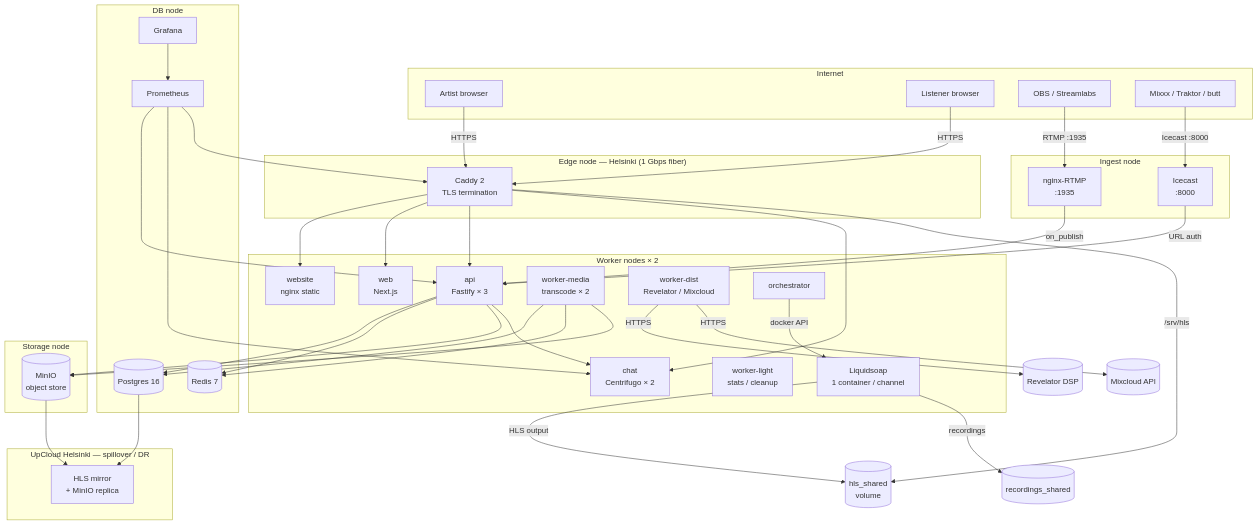
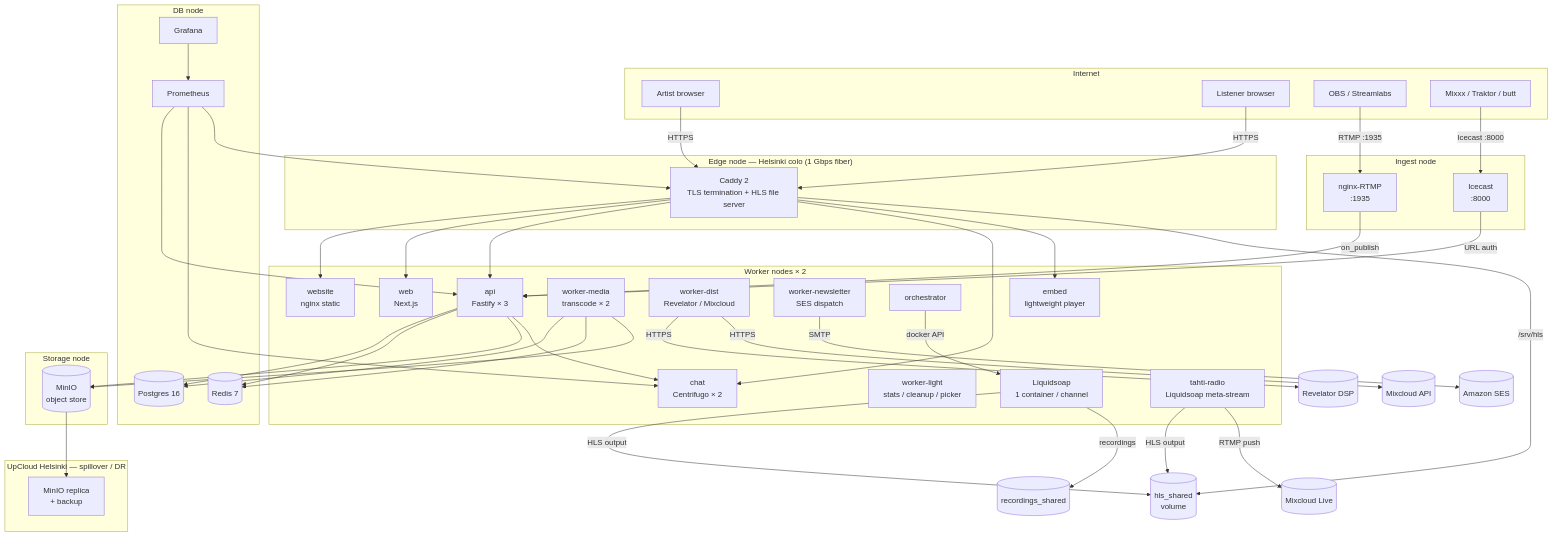
The second of 3 diagrams in docs/technical/overview.md (janiluuk/tahti-org), drawn with Mermaid before and after one commit. The commit also changed other lines of this file and 26 other files, not shown here.

```diff
--- a/docs/technical/overview.md
+++ b/docs/technical/overview.md
@@ -38,8 +68,8 @@
         MX[Mixxx / Traktor / butt]
     end
 
-    subgraph Edge ["Edge node — Helsinki (1 Gbps fiber)"]
-        Caddy[Caddy 2\nTLS termination]
+    subgraph Edge ["Edge node — Helsinki colo (1 Gbps fiber)"]
+        Caddy[Caddy 2\nTLS termination + HLS file server]
     end
 
     subgraph Workers ["Worker nodes × 2"]
@@ -49,9 +79,12 @@
         Chat[chat\nCentrifugo × 2]
         WM[worker-media\ntranscode × 2]
         WD[worker-dist\nRevelator / Mixcloud]
-        WL[worker-light\nstats / cleanup]
+        WL[worker-light\nstats / cleanup / picker]
+        WN[worker-newsletter\nSES dispatch]
         Orch[orchestrator]
         LS[Liquidsoap\n1 container / channel]
+        LSR[tahti-radio\nLiquidsoap meta-stream]
+        EMB[embed\nlightweight player]
     end
 
     subgraph Ingest ["Ingest node"]
@@ -71,7 +104,7 @@
     end
 
     subgraph UpCloud ["UpCloud Helsinki — spillover / DR"]
-        UC[HLS mirror\n+ MinIO replica]
+        UC[MinIO replica\n+ backup]
     end
 
     A -- HTTPS --> Caddy
@@ -83,6 +116,7 @@
     Caddy --> Web
     Caddy --> API
     Caddy --> Chat
+    Caddy --> EMB
     Caddy -- /srv/hls --> HLS_vol[(hls_shared\nvolume)]
 
     API --> PG
@@ -95,14 +129,16 @@
     Orch -- docker API --> LS
     LS -- HLS output --> HLS_vol
     LS -- recordings --> Rec_vol[(recordings_shared)]
+    LSR -- HLS output --> HLS_vol
+    LSR -- RTMP push --> Mixcloud[(Mixcloud Live)]
 
     WM --> PG
     WM --> RD
     WM --> MN
     WD -- HTTPS --> Revelator[(Revelator DSP)]
-    WD -- HTTPS --> Mixcloud[(Mixcloud API)]
+    WD -- HTTPS --> Mixcloud2[(Mixcloud API)]
+    WN -- SMTP --> SES[(Amazon SES)]
 
-    PG --> UC
     MN --> UC
 
     Prom --> API
```
